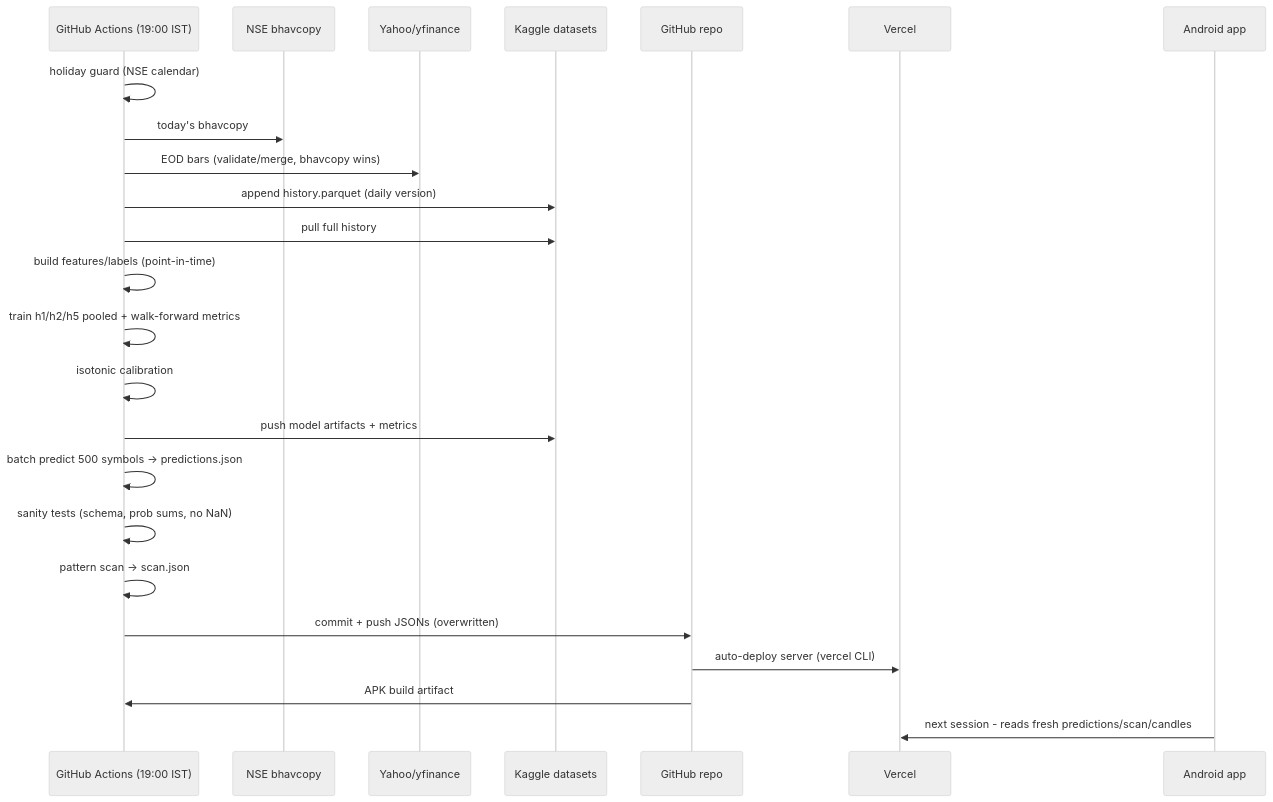
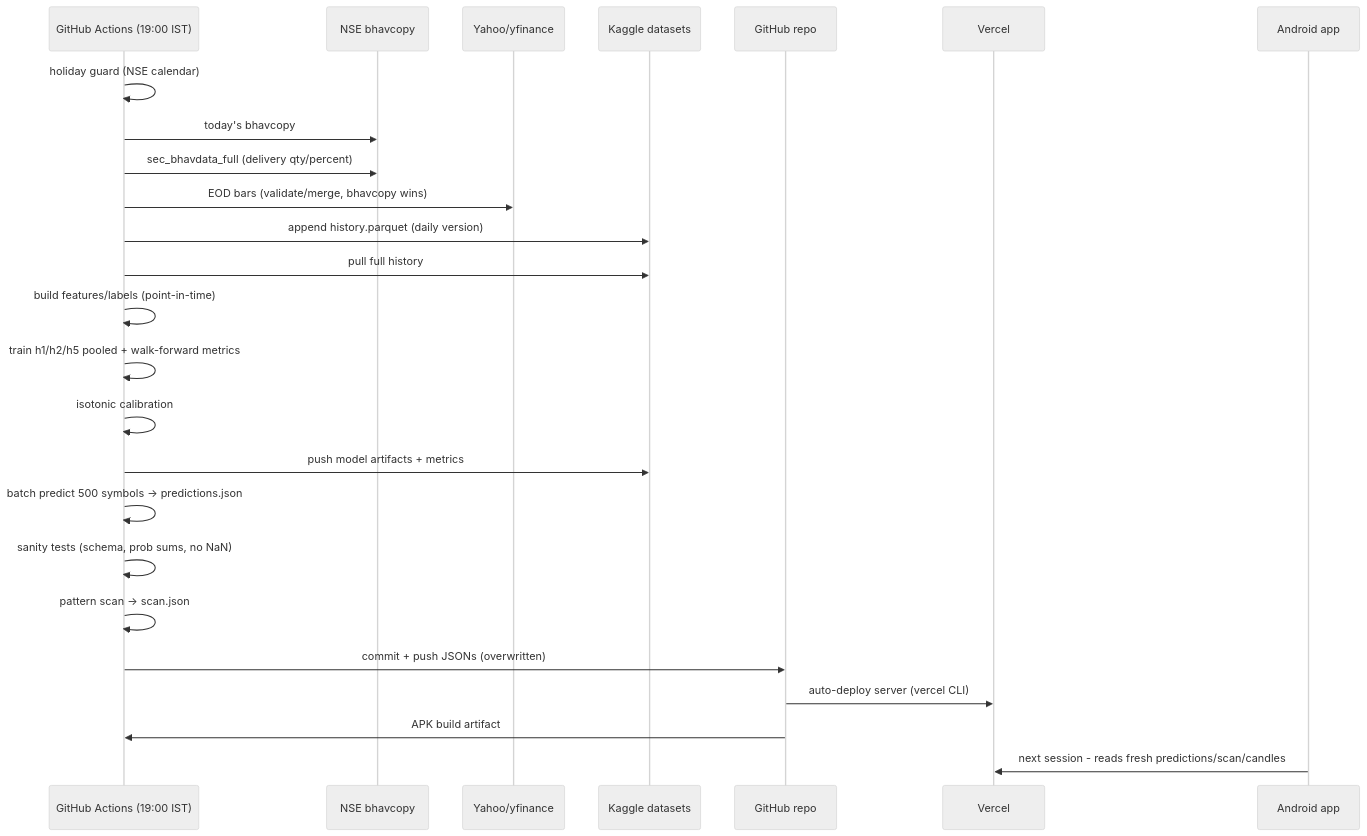
Before and after one commit to 5r1n1dh1/TechnicalPatternAnalysis: the third of 6 diagrams in design/plan.md, drawn with Mermaid (neutral theme). The commit also changed other lines of this file and 2 other files, not shown here.

````diff
--- a/design/plan.md
+++ b/design/plan.md
@@ -368,27 +400,28 @@
 ```mermaid
 sequenceDiagram
     participant CI as GitHub Actions (19:00 IST)
     participant N as NSE bhavcopy
     participant Y as Yahoo/yfinance
     participant K as Kaggle datasets
     participant R as GitHub repo
     participant V as Vercel
     participant A as Android app
 
     CI->>CI: holiday guard (NSE calendar)
     CI->>N: today's bhavcopy
+    CI->>N: sec_bhavdata_full (delivery qty/percent)
     CI->>Y: EOD bars (validate/merge, bhavcopy wins)
     CI->>K: append history.parquet (daily version)
     CI->>K: pull full history
     CI->>CI: build features/labels (point-in-time)
     CI->>CI: train h1/h2/h5 pooled + walk-forward metrics
     CI->>CI: isotonic calibration
     CI->>K: push model artifacts + metrics
     CI->>CI: batch predict 500 symbols -> predictions.json
     CI->>CI: sanity tests (schema, prob sums, no NaN)
     CI->>CI: pattern scan -> scan.json
     CI->>R: commit + push JSONs (overwritten)
     R->>V: auto-deploy server (vercel CLI)
     R->>CI: APK build artifact
     A->>V: next session - reads fresh predictions/scan/candles
 ```
````
